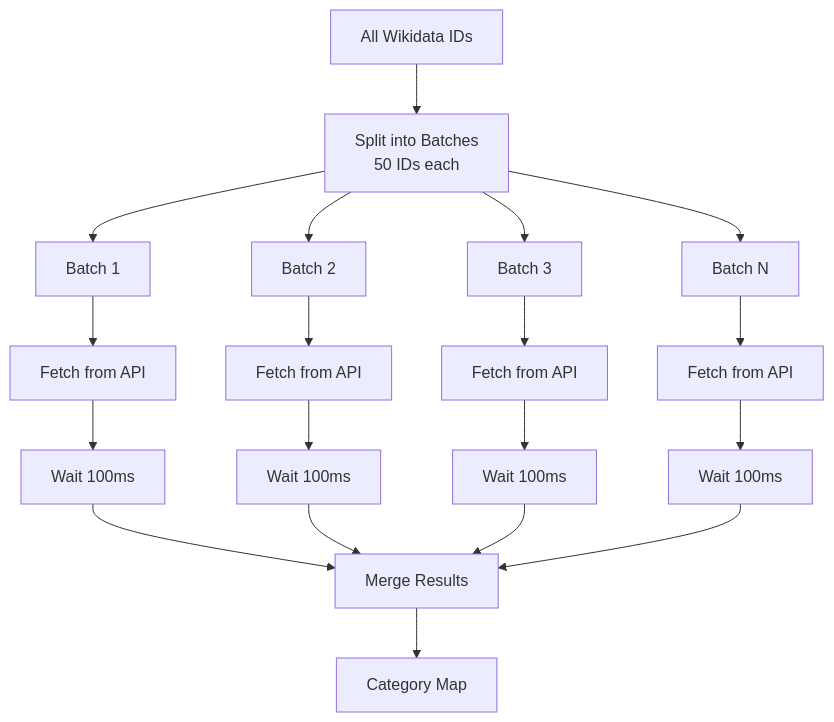
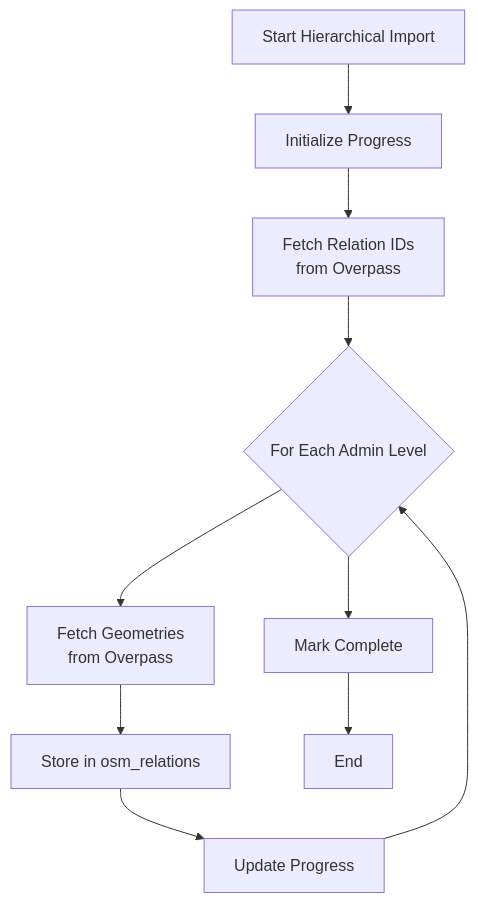
One commit to DaxServer/geocode-commons-categories changed the eighth of 9 diagrams in docs/import/architecture.md. Above: the diagram before and after it, drawn with Mermaid. The commit also changed other lines of this file and 12 other files, not shown here.

````diff
--- a/docs/import/architecture.md
+++ b/docs/import/architecture.md
@@ -361,27 +296,15 @@
 ```mermaid
 graph TD
-    INPUT[All Wikidata IDs] --> SPLIT[Split into Batches<br/>50 IDs each]
+    START[Start Hierarchical Import] --> INIT[Initialize Progress]
 
-    SPLIT --> B1[Batch 1]
-    SPLIT --> B2[Batch 2]
-    SPLIT --> B3[Batch 3]
-    SPLIT --> BN[Batch N]
+    INIT --> FETCH_REL[Fetch Relation IDs<br/>from Overpass]
+    FETCH_REL --> LOOP_REL{For Each Admin Level}
 
-    B1 --> API1[Fetch from API]
-    B2 --> API2[Fetch from API]
-    B3 --> API3[Fetch from API]
-    BN --> APIN[Fetch from API]
+    LOOP_REL --> FETCH_GEOM[Fetch Geometries<br/>from Overpass]
+    FETCH_GEOM --> STORE[Store in osm_relations]
+    STORE --> UPDATE[Update Progress]
+    UPDATE --> LOOP_REL
 
-    API1 --> DELAY1[Wait 100ms]
-    API2 --> DELAY2[Wait 100ms]
-    API3 --> DELAY3[Wait 100ms]
-    APIN --> DELAYN[Wait 100ms]
-
-    DELAY1 --> MERGE[Merge Results]
-    DELAY2 --> MERGE
-    DELAY3 --> MERGE
-    DELAYN --> MERGE
-
-    MERGE --> OUTPUT[Category Map]
-
+    LOOP_REL --> COMPLETE[Mark Complete]
+    COMPLETE --> END[End]
 ```
````
